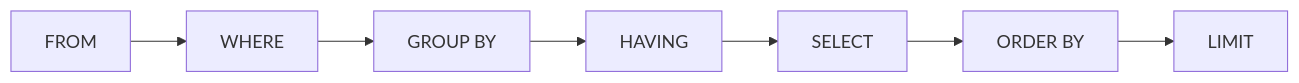
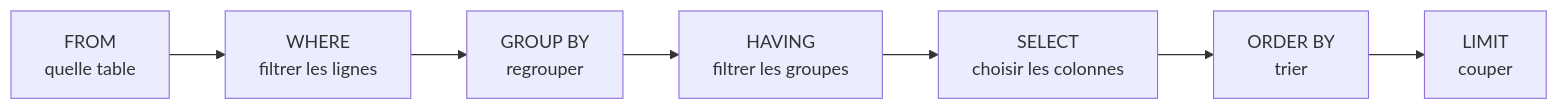
Before and after one commit to galsen-76/Informatique-: the diagram in 03-Langage/SQL/SQL-01-Fondamentaux-SELECT.md, drawn with Mermaid. The commit also changed other lines of this file and 16 other files, not shown here.

````diff
--- a/03-Langage/SQL/SQL-01-Fondamentaux-SELECT.md
+++ b/03-Langage/SQL/SQL-01-Fondamentaux-SELECT.md
@@ -67,4 +64,4 @@
 ```mermaid
 flowchart LR
-  F[FROM] --> W[WHERE] --> G[GROUP BY] --> H[HAVING] --> S[SELECT] --> O[ORDER BY] --> L[LIMIT]
+  F["FROM<br/>quelle table"] --> W["WHERE<br/>filtrer les lignes"] --> G["GROUP BY<br/>regrouper"] --> H["HAVING<br/>filtrer les groupes"] --> S["SELECT<br/>choisir les colonnes"] --> O["ORDER BY<br/>trier"] --> L["LIMIT<br/>couper"]
 ```
````
